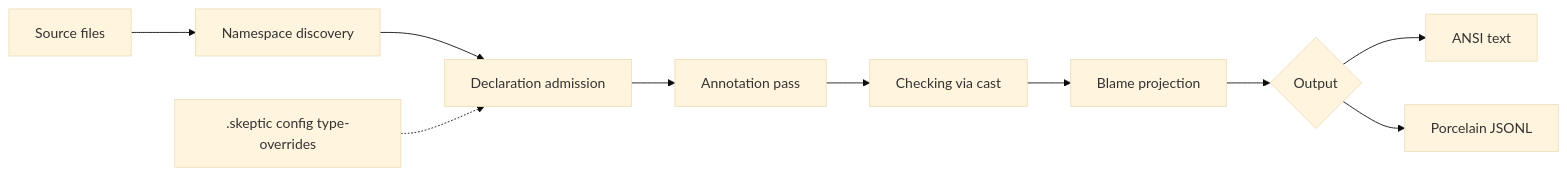
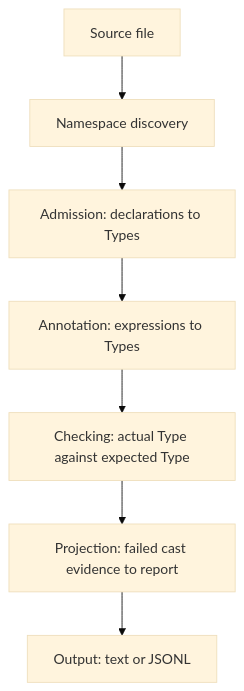
One commit to nomicflux/skeptic changed the diagram in skeptic/docs/walkthrough/README.md. Above: the diagram before and after it, drawn with Mermaid (base theme). The commit also changed other lines of this file and 12 other files, not shown here.

````diff
--- a/skeptic/docs/walkthrough/README.md
+++ b/skeptic/docs/walkthrough/README.md
@@ -19,12 +42,9 @@
 ```mermaid
-flowchart LR
-  src[Source files] --> disc[Namespace discovery]
-  disc --> adm[Declaration admission]
-  cfg[.skeptic config type-overrides] -.-> adm
-  adm --> ann[Annotation pass]
-  ann --> chk[Checking via cast]
-  chk --> blame[Blame projection]
-  blame --> out{Output}
-  out --> txt[ANSI text]
-  out --> json[Porcelain JSONL]
+flowchart TD
+  source[Source file] --> discovery[Namespace discovery]
+  discovery --> admission[Admission: declarations to Types]
+  admission --> annotation[Annotation: expressions to Types]
+  annotation --> checking[Checking: actual Type against expected Type]
+  checking --> projection[Projection: failed cast evidence to report]
+  projection --> output[Output: text or JSONL]
 ```
````
